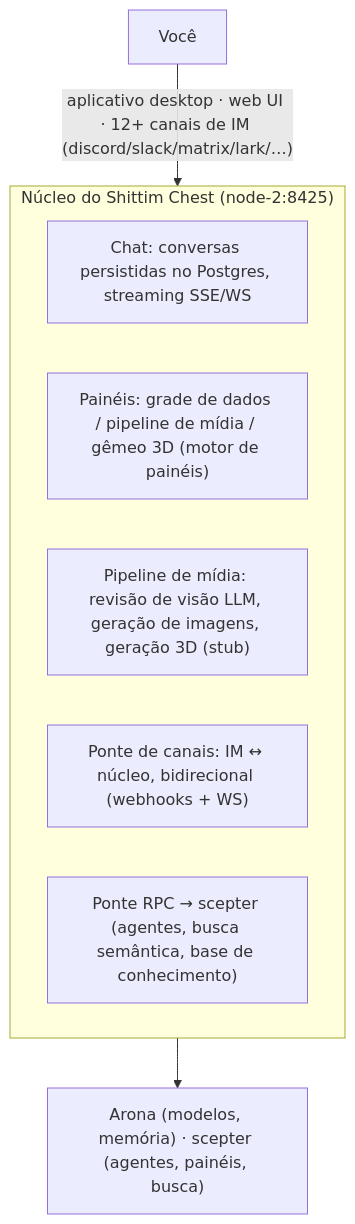
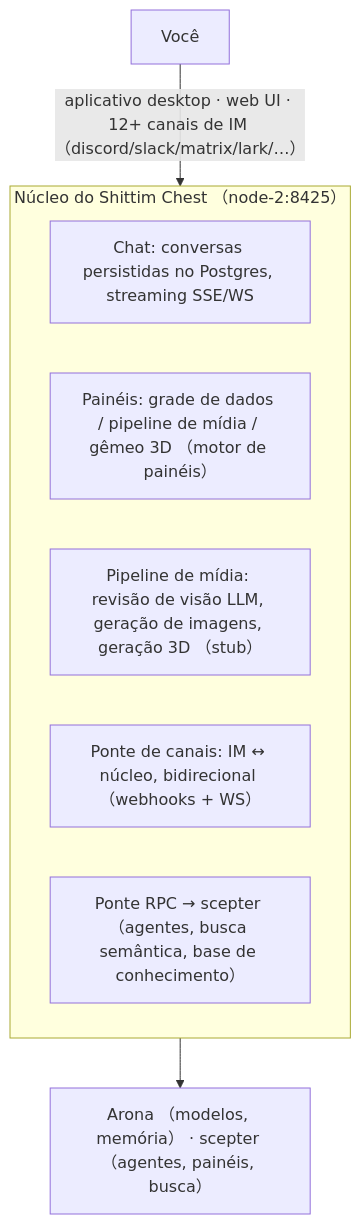
Before and after one commit to celestia-island/docs.celestia.world: the diagram in docs/pt/platforms/chest.md, drawn with Mermaid. The commit also changed 35 other files, not shown here.

First line of the commit message:
📝 Convert ASCII parentheses in mermaid fences to fullwidth across languages. (#96)

````diff
--- a/docs/pt/platforms/chest.md
+++ b/docs/pt/platforms/chest.md
@@ -11,13 +11,13 @@
 ```mermaid
 flowchart TD
     C["Você"]
-    subgraph G["Núcleo do Shittim Chest (node-2:8425)"]
+    subgraph G["Núcleo do Shittim Chest （node-2:8425）"]
         N0["Chat: conversas persistidas no Postgres, streaming SSE/WS"]
-        N1["Painéis: grade de dados / pipeline de mídia / gêmeo 3D (motor de painéis)"]
-        N2["Pipeline de mídia: revisão de visão LLM, geração de imagens, geração 3D (stub)"]
-        N3["Ponte de canais: IM ↔ núcleo, bidirecional (webhooks + WS)"]
-        N4["Ponte RPC → scepter (agentes, busca semântica, base de conhecimento)"]
+        N1["Painéis: grade de dados / pipeline de mídia / gêmeo 3D （motor de painéis）"]
+        N2["Pipeline de mídia: revisão de visão LLM, geração de imagens, geração 3D （stub）"]
+        N3["Ponte de canais: IM ↔ núcleo, bidirecional （webhooks + WS）"]
+        N4["Ponte RPC → scepter （agentes, busca semântica, base de conhecimento）"]
     end
-    C -->|"aplicativo desktop · web UI · 12+ canais de IM (discord/slack/matrix/lark/…)"| G
-    G --> B["Arona (modelos, memória) · scepter (agentes, painéis, busca)"]
+    C -->|"aplicativo desktop · web UI · 12+ canais de IM （discord/slack/matrix/lark/…）"| G
+    G --> B["Arona （modelos, memória） · scepter （agentes, painéis, busca）"]
 ```
````
